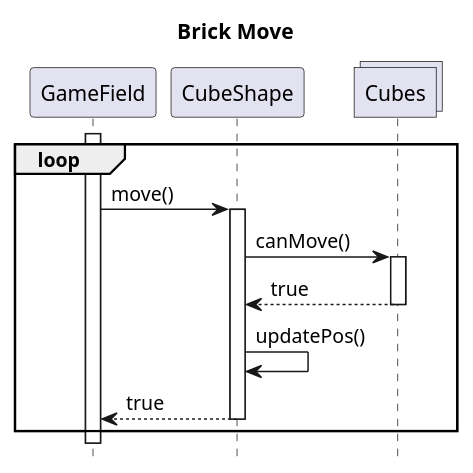
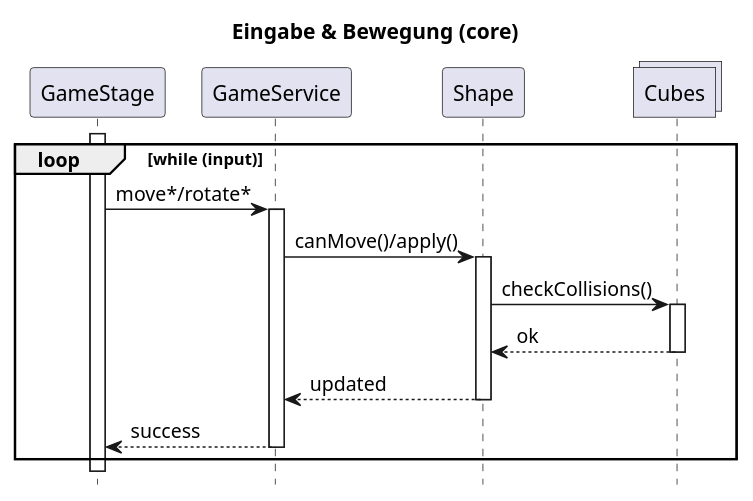
The diagram in docs/uml/SteinFall.puml (Noah-Martinez/Tetrix), drawn with PlantUML before and after one commit. The commit also changed 6 other files, not shown here.

Commit message:
CHORE: update-architecture - Updating architecture documentation

```diff
--- a/docs/uml/SteinFall.puml
+++ b/docs/uml/SteinFall.puml
@@ -1,21 +1,25 @@
 @startuml
 hide footbox
-title Brick Move
+title Eingabe & Bewegung (core)
 
-participant GameField as GF
-participant CubeShape as CS
+participant GameStage as GST
+participant GameService as Service
+participant Shape as Shape
 collections Cubes as C
 
-activate GF
-loop
-    GF -> CS : move()
-    activate CS
-    CS -> C : canMove()
+activate GST
+loop while (input)
+    GST -> Service : move*/rotate*
+    activate Service
+    Service -> Shape : canMove()/apply()
+    activate Shape
+    Shape -> C : checkCollisions()
     activate C
-    C --> CS : true
+    C --> Shape : ok
     deactivate C
-    CS -> CS : updatePos()
-    CS --> GF : true
-    deactivate CS
+    Shape --> Service : updated
+    deactivate Shape
+    Service --> GST : success
+    deactivate Service
 end
 @enduml
```
